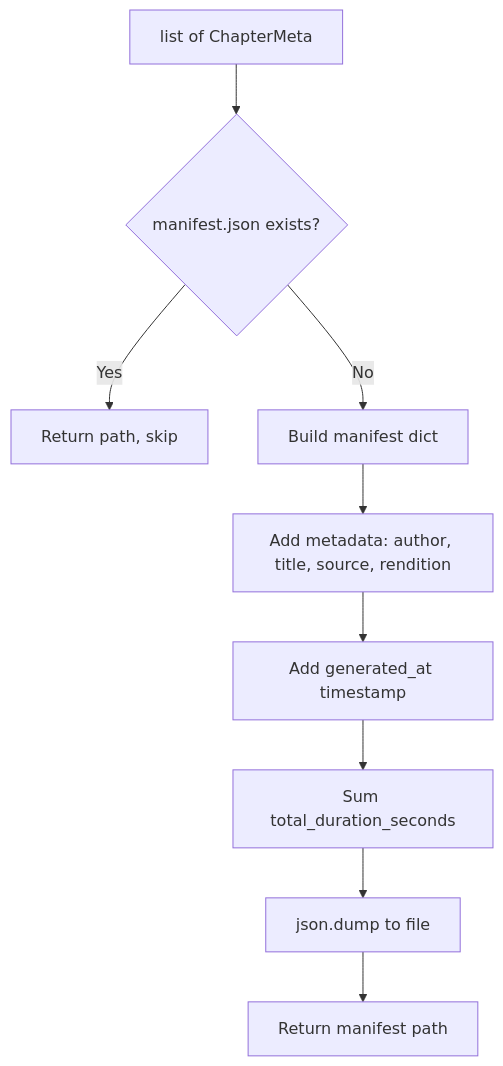
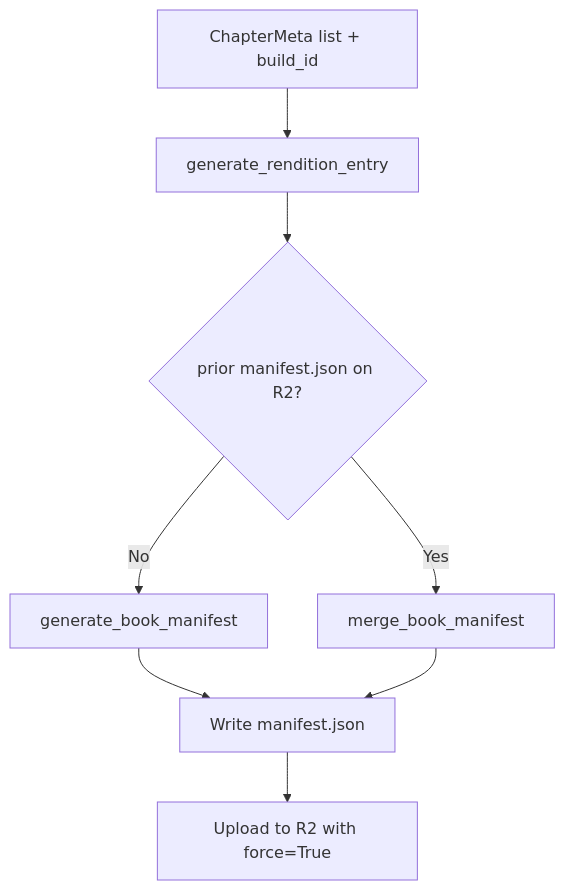
The diagram in pipeline/docs/step5a-manifest.md (jkoeh/openshelf), drawn with Mermaid before and after one commit. The commit also changed other lines of this file and 4 other files, not shown here.

````diff
--- a/pipeline/docs/step5a-manifest.md
+++ b/pipeline/docs/step5a-manifest.md
@@ -10,11 +12,10 @@
 ```mermaid
 graph TD
-    A[list of ChapterMeta] --> B{manifest.json exists?}
-    B -->|Yes| C[Return path, skip]
-    B -->|No| D[Build manifest dict]
-    D --> E[Add metadata: author, title, source, rendition]
-    E --> F[Add generated_at timestamp]
-    F --> G[Sum total_duration_seconds]
-    G --> H[json.dump to file]
-    H --> I[Return manifest path]
+    A[ChapterMeta list + build_id] --> B[generate_rendition_entry]
+    B --> C{prior manifest.json on R2?}
+    C -->|No| D[generate_book_manifest]
+    C -->|Yes| E[merge_book_manifest]
+    D --> F[Write manifest.json]
+    E --> F
+    F --> G[Upload to R2 with force=True]
 ```
````
